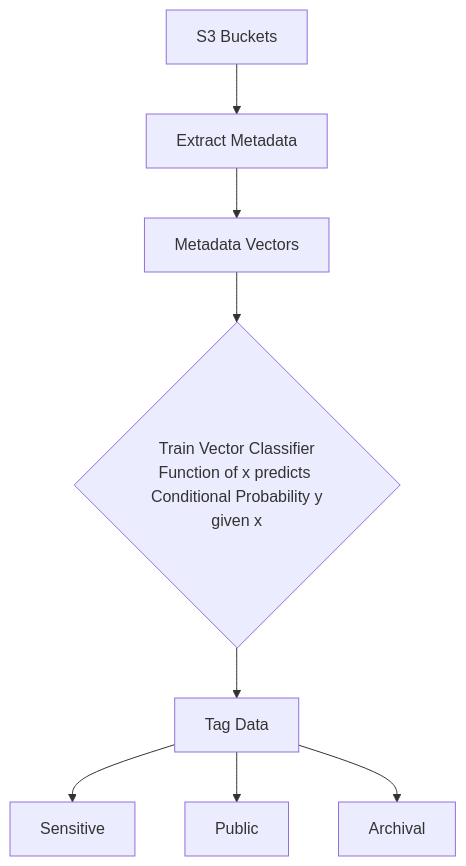
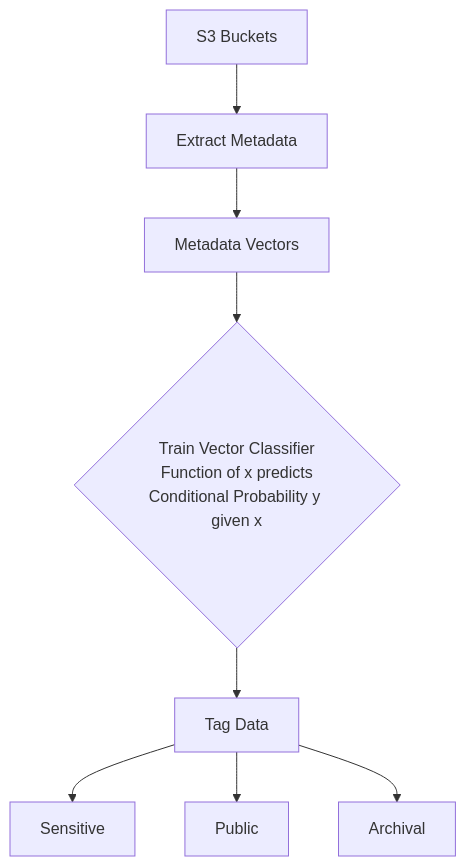
The third of 3 diagrams in readme.md (mgorav/Vectors), drawn with Mermaid before and after one commit.

````diff
--- a/readme.md
+++ b/readme.md
@@ -156,13 +156,14 @@
 ```mermaid
 flowchart TD
   A[S3 Buckets] --> B[Extract Metadata]
   B --> C[Metadata Vectors]
 
-  C --> D{Train Vector Classifier<br/>Function of x predicts <br/> Conditional Probability y given x     }
+  C --> D{Train Vector Classifier<br/>Function of x predicts<br/>Conditional Probability y given x}
 
   D --> E[Tag Data]
 
   E --> F[Sensitive]
   E --> G[Public]
   E --> H[Archival]
+
 ```
````
